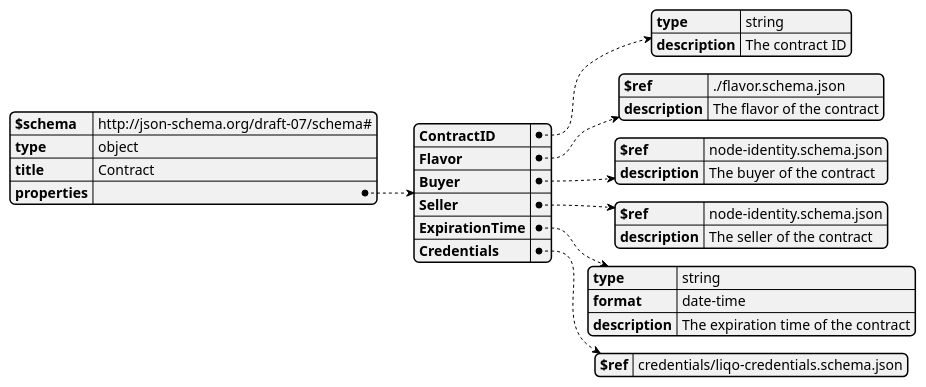
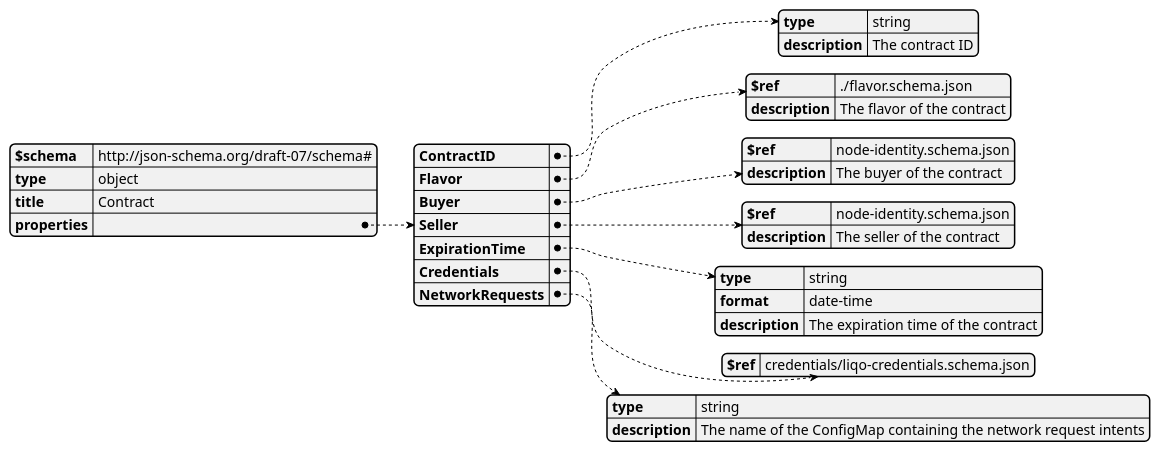
Before and after one commit to fluidos-project/REAR-data-models: the diagram in puml/models/schemas/contract.puml, drawn with PlantUML. The commit also changed 13 other files, not shown here.

```diff
--- a/puml/models/schemas/contract.puml
+++ b/puml/models/schemas/contract.puml
@@ -1,33 +1,37 @@
 @startjson
 {
     "$schema": "http://json-schema.org/draft-07/schema#",
     "type": "object",
     "title": "Contract",
     "properties": {
         "ContractID": {
             "type": "string",
             "description": "The contract ID"
         },
         "Flavor": {
             "$ref": "./flavor.schema.json",
             "description": "The flavor of the contract"
         },
         "Buyer": {
             "$ref": "node-identity.schema.json",
             "description": "The buyer of the contract"
         },
         "Seller": {
             "$ref": "node-identity.schema.json",
             "description": "The seller of the contract"
         },
         "ExpirationTime": {
             "type": "string",
             "format": "date-time",
             "description": "The expiration time of the contract"
         },
         "Credentials": {
             "$ref": "credentials/liqo-credentials.schema.json"
+        },
+        "NetworkRequests": {
+            "type": "string",
+            "description": "The name of the ConfigMap containing the network request intents"
         }
     }
 }
 @endjson
```
